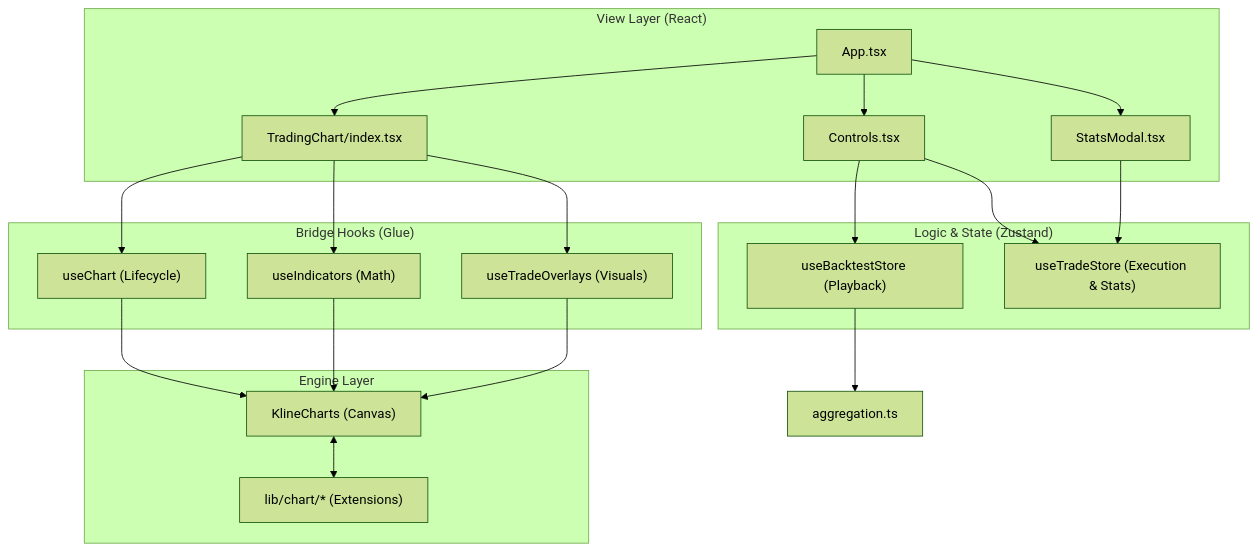
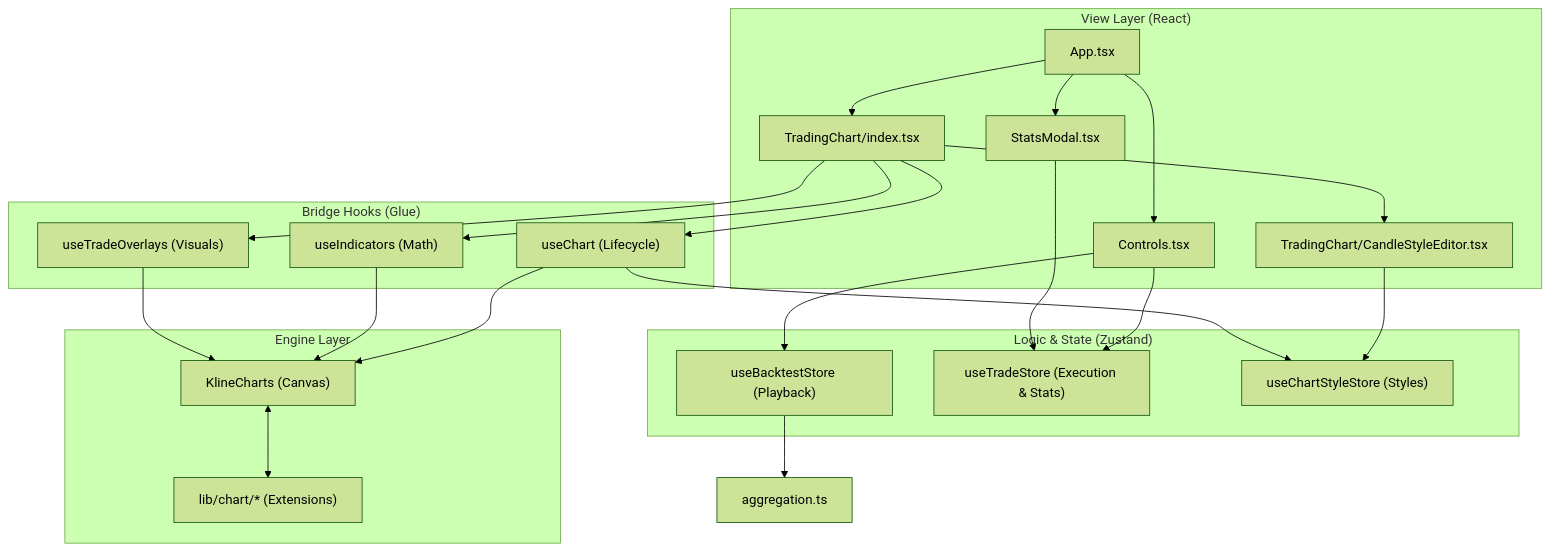
Before and after one commit to BinaryMasc/OpenBackTest: the diagram in CODEBASE.md, drawn with Mermaid (forest theme). The commit also changed other lines of this file and 5 other files, not shown here.

````diff
--- a/CODEBASE.md
+++ b/CODEBASE.md
@@ -111,35 +114,39 @@
 ```mermaid
 graph TD
     %% Layers
     subgraph UI ["View Layer (React)"]
         App["App.tsx"]
         Controls["Controls.tsx"]
         ChartUI["TradingChart/index.tsx"]
+        CandleEditor["TradingChart/CandleStyleEditor.tsx"]
         Stats["StatsModal.tsx"]
     end
 
     subgraph Logic ["Logic & State (Zustand)"]
         BS["useBacktestStore (Playback)"]
         TS["useTradeStore (Execution & Stats)"]
+        CSS["useChartStyleStore (Styles)"]
     end
 
     subgraph Bridge ["Bridge Hooks (Glue)"]
         UC["useChart (Lifecycle)"]
         UIH["useIndicators (Math)"]
         UT["useTradeOverlays (Visuals)"]
     end
 
     subgraph Engine ["Engine Layer"]
         KC["KlineCharts (Canvas)"]
         Lib["lib/chart/* (Extensions)"]
     end
 
     %% Mapping
     App --> Controls & ChartUI & Stats
     Controls --> BS & TS
-    ChartUI --> UC & UIH & UT
+    ChartUI --> UC & UIH & UT & CandleEditor
+    CandleEditor --> CSS
     Stats --> TS
     UC & UIH & UT --> KC
+    UC --> CSS
     KC <--> Lib
     BS --> Agg["aggregation.ts"]
 ```
````
